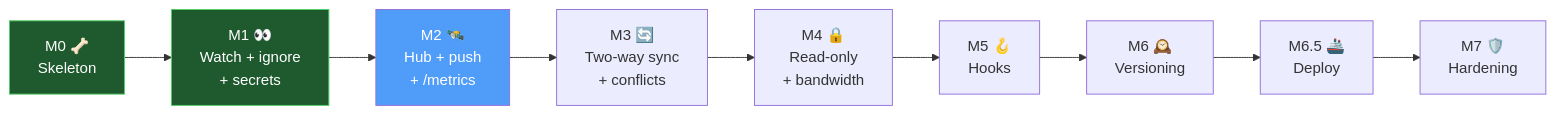
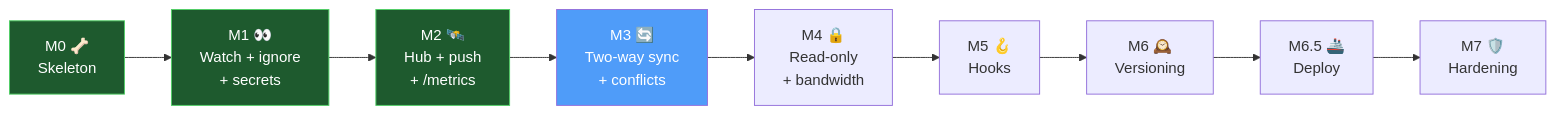
One commit to shoemoney/devbox changed the sixth of 6 diagrams in README.md. Above: the diagram before and after it, drawn with Mermaid. The commit also changed other lines of this file, not shown here.

````diff
--- a/README.md
+++ b/README.md
@@ -449,14 +450,15 @@
 ```mermaid
 flowchart LR
     M0["M0 🦴\nSkeleton"] --> M1["M1 👀\nWatch + ignore\n+ secrets"]
     M1 --> M2["M2 🛰️\nHub + push\n+ /metrics"]
     M2 --> M3["M3 🔄\nTwo-way sync\n+ conflicts"]
     M3 --> M4["M4 🔒\nRead-only\n+ bandwidth"]
     M4 --> M5["M5 🪝\nHooks"]
     M5 --> M6["M6 🕰️\nVersioning"]
     M6 --> M65["M6.5 🚢\nDeploy"]
     M65 --> M7["M7 🛡️\nHardening"]
     style M0 fill:#1e5a2e,stroke:#51cf66,color:#fff
     style M1 fill:#1e5a2e,stroke:#51cf66,color:#fff
-    style M2 fill:#4F9CF9,color:#fff
+    style M2 fill:#1e5a2e,stroke:#51cf66,color:#fff
+    style M3 fill:#4F9CF9,color:#fff
 ```
````
